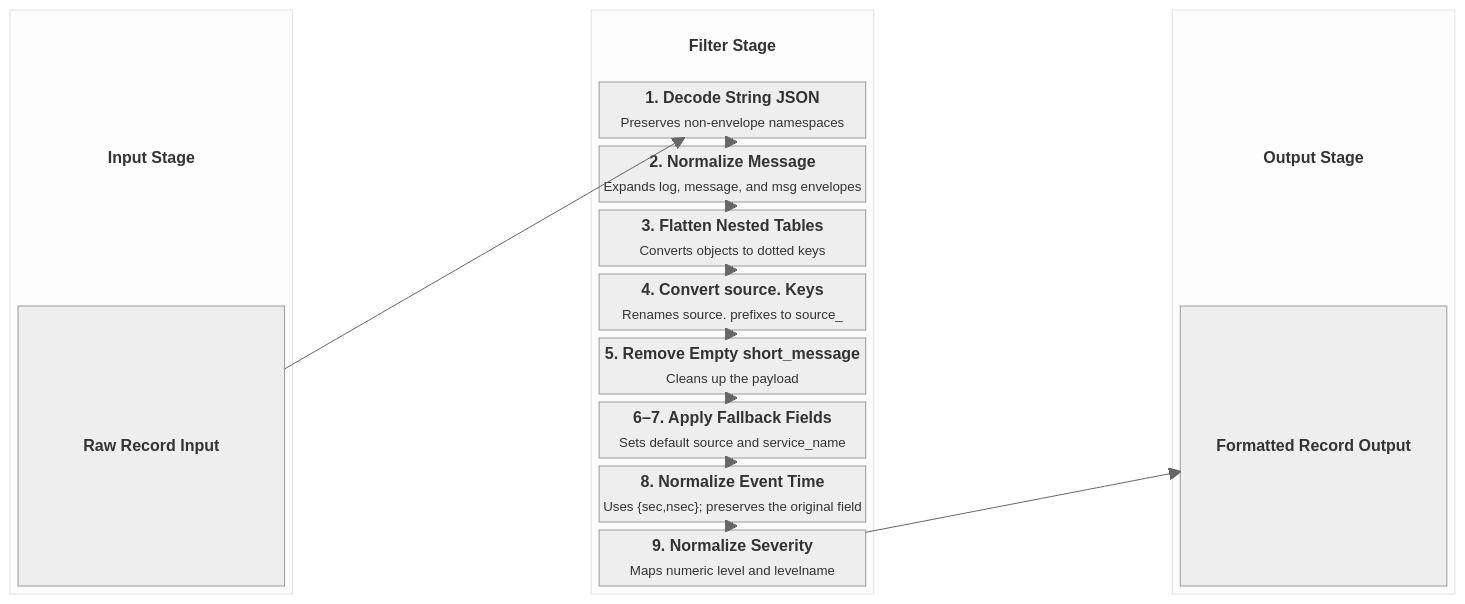
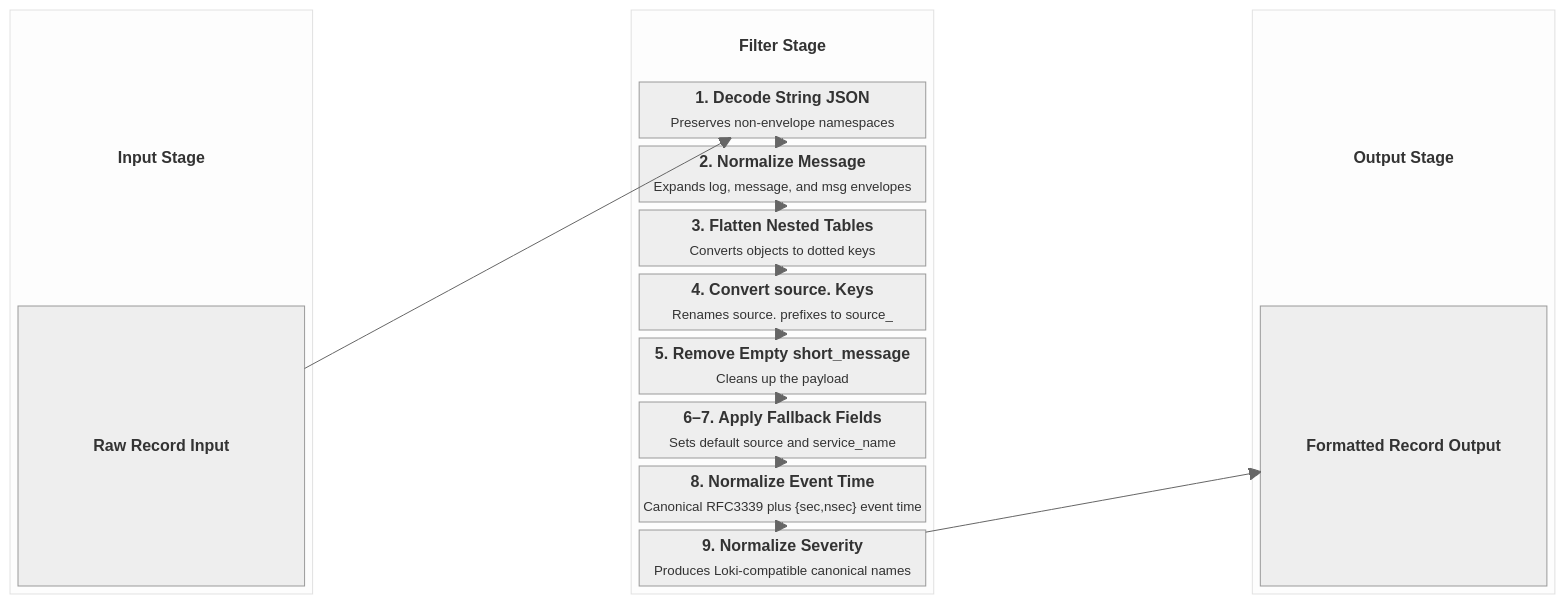
The second of 2 diagrams in docs/input-global-filters.md (Josh5/fluent-bit-router), drawn with Mermaid (neutral theme) before and after one commit. The commit also changed other lines of this file and 10 other files, not shown here.

````diff
--- a/docs/input-global-filters.md
+++ b/docs/input-global-filters.md
@@ -64,47 +72,47 @@
 ```mermaid
 block-beta
     columns 5
 
     block:InputStage
         columns 1
         InputTitle["<b>Input Stage</b>"]
         A["<b>Raw Record Input</b>"]
     end
 
     space
 
     block:FilterStage
         columns 1
         FilterTitle["<b>Filter Stage</b>"]
         B["<b>1. Decode String JSON</b><br/><small>Preserves non-envelope namespaces</small>"]
         C["<b>2. Normalize Message</b><br/><small>Expands log, message, and msg envelopes</small>"]
         D["<b>3. Flatten Nested Tables</b><br/><small>Converts objects to dotted keys</small>"]
         E["<b>4. Convert source. Keys</b><br/><small>Renames source. prefixes to source_</small>"]
         F["<b>5. Remove Empty short_message</b><br/><small>Cleans up the payload</small>"]
         G["<b>6–7. Apply Fallback Fields</b><br/><small>Sets default source and service_name</small>"]
-        H["<b>8. Normalize Event Time</b><br/><small>Uses {sec,nsec}; preserves the original field</small>"]
-        I["<b>9. Normalize Severity</b><br/><small>Maps numeric level and levelname</small>"]
+        H["<b>8. Normalize Event Time</b><br/><small>Canonical RFC3339 plus {sec,nsec} event time</small>"]
+        I["<b>9. Normalize Severity</b><br/><small>Produces Loki-compatible canonical names</small>"]
     end
 
     space
 
     block:OutputStage
         columns 1
         OutputTitle["<b>Output Stage</b>"]
         J["<b>Formatted Record Output</b>"]
     end
 
     A --> B
     B --> C
     C --> D
     D --> E
     E --> F
     F --> G
     G --> H
     H --> I
     I --> J
 
     style InputTitle fill:none,stroke:none
     style FilterTitle fill:none,stroke:none
     style OutputTitle fill:none,stroke:none
 ```
````
